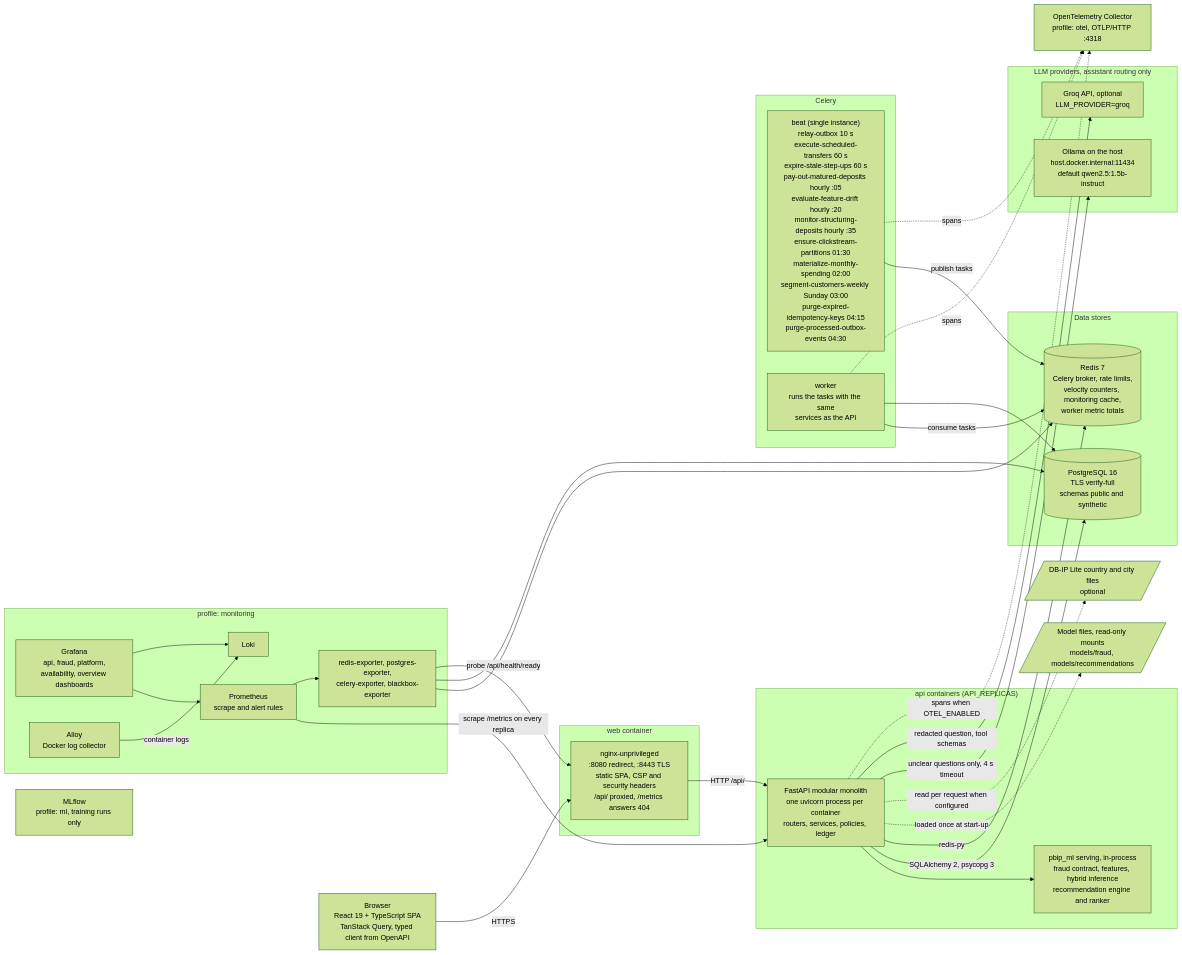
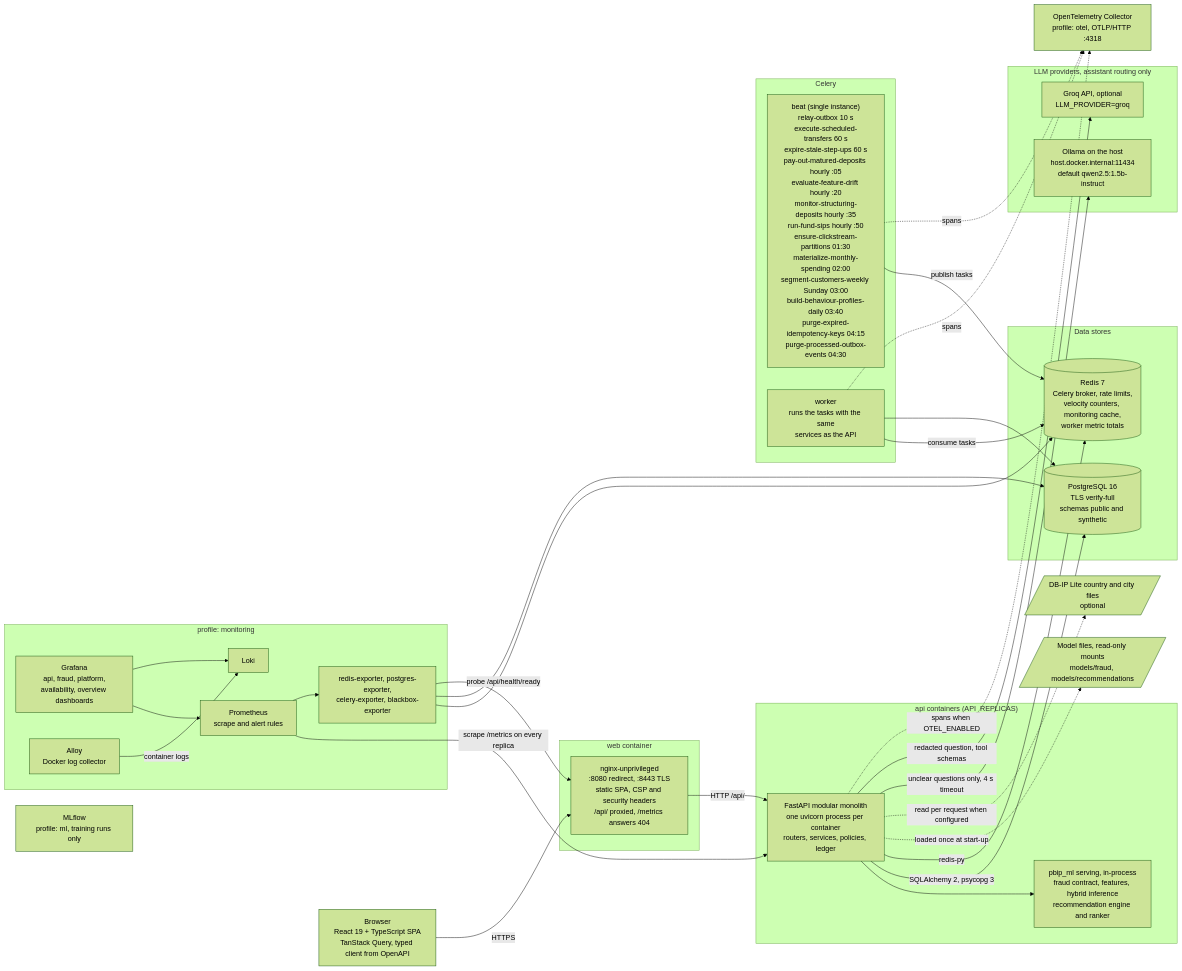
Before and after one commit to rachitst/pbip: the diagram in docs/diagrams/component.md, drawn with Mermaid (forest theme). The commit also changed 59 other files, not shown here.

First line of the commit message:
docs: batch O, use cases and traceability (#476), v1.1 diagrams (#478), v1.1.0 release notes (#489)

````diff
--- a/docs/diagrams/component.md
+++ b/docs/diagrams/component.md
@@ -11,65 +11,65 @@
 ```mermaid
 flowchart LR
     browser["Browser<br/>React 19 + TypeScript SPA<br/>TanStack Query, typed client from OpenAPI"]
 
     subgraph edge["web container"]
         nginx["nginx-unprivileged<br/>:8080 redirect, :8443 TLS<br/>static SPA, CSP and security headers<br/>/api/ proxied, /metrics answers 404"]
     end
 
     subgraph app["api containers (API_REPLICAS)"]
         fastapi["FastAPI modular monolith<br/>one uvicorn process per container<br/>routers, services, policies, ledger"]
         mlserve["pbip_ml serving, in-process<br/>fraud contract, features, hybrid inference<br/>recommendation engine and ranker"]
         fastapi --> mlserve
     end
 
     subgraph jobs["Celery"]
-        beat["beat (single instance)<br/>relay-outbox 10 s<br/>execute-scheduled-transfers 60 s<br/>expire-stale-step-ups 60 s<br/>pay-out-matured-deposits hourly :05<br/>evaluate-feature-drift hourly :20<br/>monitor-structuring-deposits hourly :35<br/>ensure-clickstream-partitions 01:30<br/>materialize-monthly-spending 02:00<br/>segment-customers-weekly Sunday 03:00<br/>purge-expired-idempotency-keys 04:15<br/>purge-processed-outbox-events 04:30"]
+        beat["beat (single instance)<br/>relay-outbox 10 s<br/>execute-scheduled-transfers 60 s<br/>expire-stale-step-ups 60 s<br/>pay-out-matured-deposits hourly :05<br/>evaluate-feature-drift hourly :20<br/>monitor-structuring-deposits hourly :35<br/>run-fund-sips hourly :50<br/>ensure-clickstream-partitions 01:30<br/>materialize-monthly-spending 02:00<br/>segment-customers-weekly Sunday 03:00<br/>build-behaviour-profiles-daily 03:40<br/>purge-expired-idempotency-keys 04:15<br/>purge-processed-outbox-events 04:30"]
         worker["worker<br/>runs the tasks with the same<br/>services as the API"]
     end
 
     subgraph data["Data stores"]
         pg[("PostgreSQL 16<br/>TLS verify-full<br/>schemas public and synthetic")]
         redis[("Redis 7<br/>Celery broker, rate limits,<br/>velocity counters, monitoring cache,<br/>worker metric totals")]
     end
 
     models[/"Model files, read-only mounts<br/>models/fraud, models/recommendations"/]
     geoip[/"DB-IP Lite country and city files<br/>optional"/]
 
     subgraph llm["LLM providers, assistant routing only"]
         ollama["Ollama on the host<br/>host.docker.internal:11434<br/>default qwen2.5:1.5b-instruct"]
         groq["Groq API, optional<br/>LLM_PROVIDER=groq"]
     end
 
     subgraph mon["profile: monitoring"]
         prom["Prometheus<br/>scrape and alert rules"]
         graf["Grafana<br/>api, fraud, platform,<br/>availability, overview dashboards"]
         loki["Loki"]
         alloy["Alloy<br/>Docker log collector"]
         exporters["redis-exporter, postgres-exporter,<br/>celery-exporter, blackbox-exporter"]
     end
     otel["OpenTelemetry Collector<br/>profile: otel, OTLP/HTTP :4318"]
     mlflow["MLflow<br/>profile: ml, training runs only"]
 
     browser -- "HTTPS" --> nginx
     nginx -- "HTTP /api/" --> fastapi
     fastapi -- "SQLAlchemy 2, psycopg 3" --> pg
     fastapi -- "redis-py" --> redis
     fastapi -. "loaded once at start-up" .-> models
     fastapi -. "read per request when configured" .-> geoip
     fastapi -- "unclear questions only, 4 s timeout" --> ollama
     fastapi -- "redacted question, tool schemas" --> groq
     beat -- "publish tasks" --> redis
     worker -- "consume tasks" --> redis
     worker --> pg
     prom -- "scrape /metrics on every replica" --> fastapi
     prom --> exporters
     exporters --> redis
     exporters --> pg
     exporters -- "probe /api/health/ready" --> nginx
     alloy -- "container logs" --> loki
     graf --> prom
     graf --> loki
     fastapi -. "spans when OTEL_ENABLED" .-> otel
     worker -. "spans" .-> otel
     beat -. "spans" .-> otel
 ```
````
